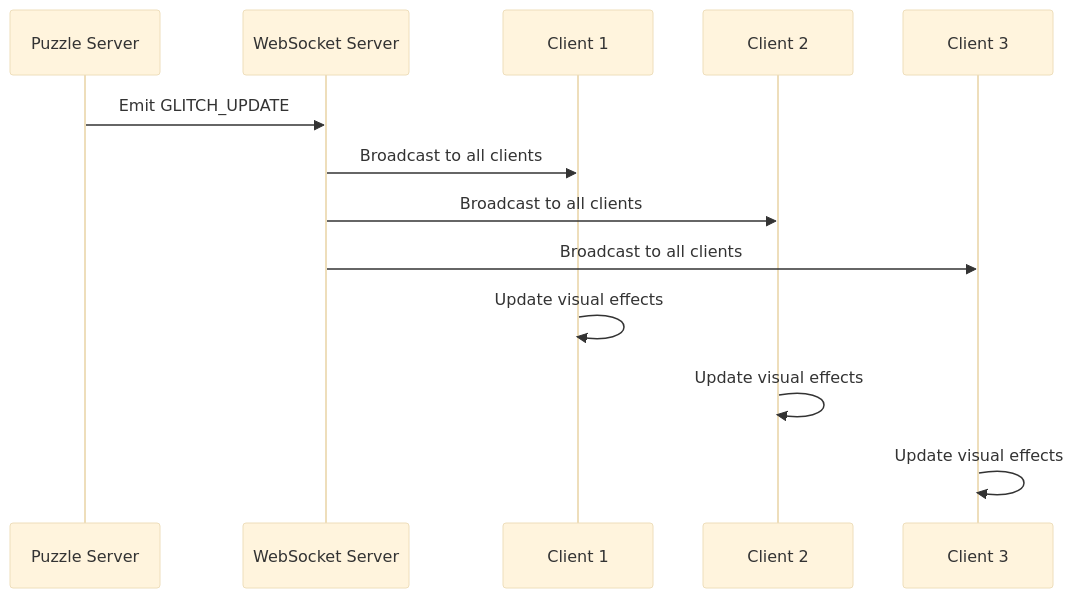
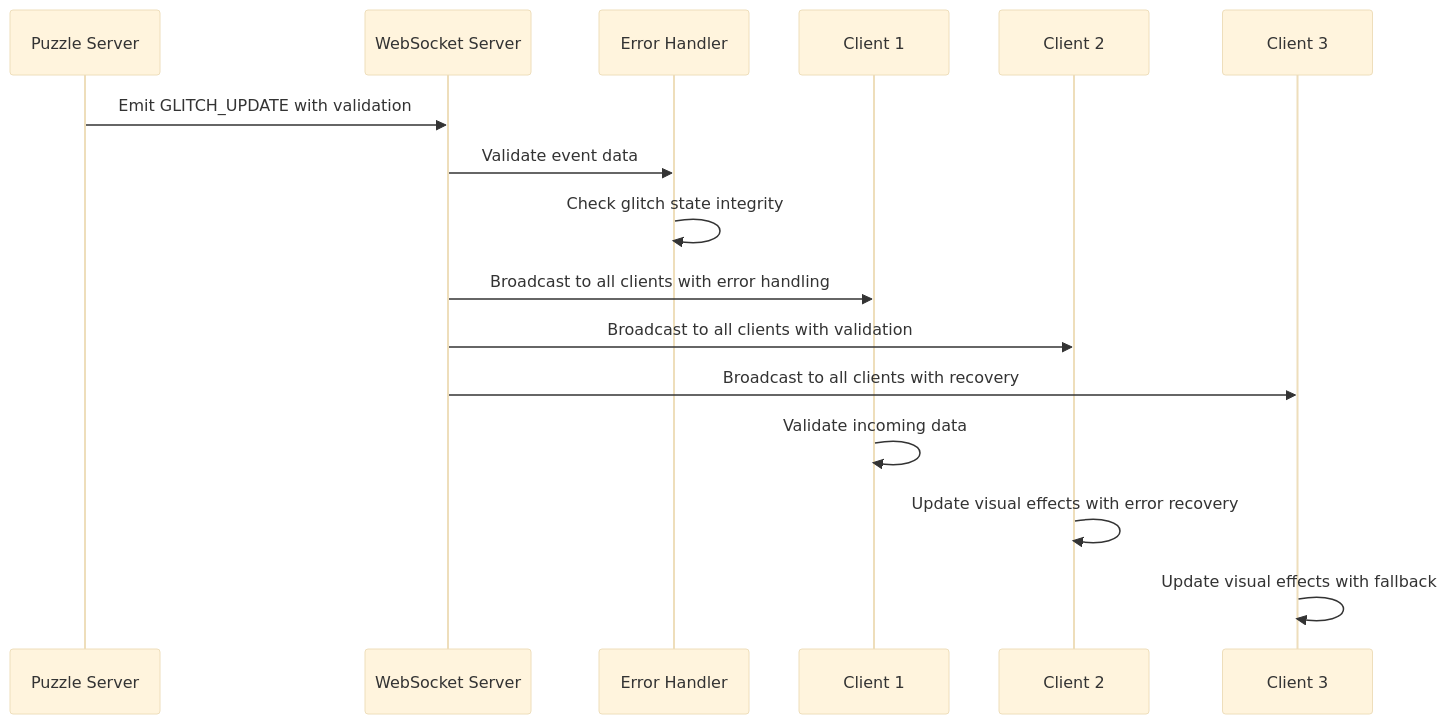
The tenth of 10 diagrams in .qoder/repowiki/en/content/Game Mechanics/Glitch Meter System.md (dkoukoul/escape-room-mvp), drawn with Mermaid (base theme) before and after one commit. The commit also changed other lines of this file and 21 other files, not shown here.

````diff
--- a/.qoder/repowiki/en/content/Game Mechanics/Glitch Meter System.md
+++ b/.qoder/repowiki/en/content/Game Mechanics/Glitch Meter System.md
@@ -429,15 +490,18 @@
 ```mermaid
 sequenceDiagram
 participant PS as Puzzle Server
 participant WS as WebSocket Server
+participant ERR as Error Handler
 participant CL1 as Client 1
 participant CL2 as Client 2
 participant CL3 as Client 3
-PS->>WS : Emit GLITCH_UPDATE
-WS->>CL1 : Broadcast to all clients
-WS->>CL2 : Broadcast to all clients
-WS->>CL3 : Broadcast to all clients
-CL1->>CL1 : Update visual effects
-CL2->>CL2 : Update visual effects
-CL3->>CL3 : Update visual effects
+PS->>WS : Emit GLITCH_UPDATE with validation
+WS->>ERR : Validate event data
+ERR->>ERR : Check glitch state integrity
+WS->>CL1 : Broadcast to all clients with error handling
+WS->>CL2 : Broadcast to all clients with validation
+WS->>CL3 : Broadcast to all clients with recovery
+CL1->>CL1 : Validate incoming data
+CL2->>CL2 : Update visual effects with error recovery
+CL3->>CL3 : Update visual effects with fallback
 ```
````
